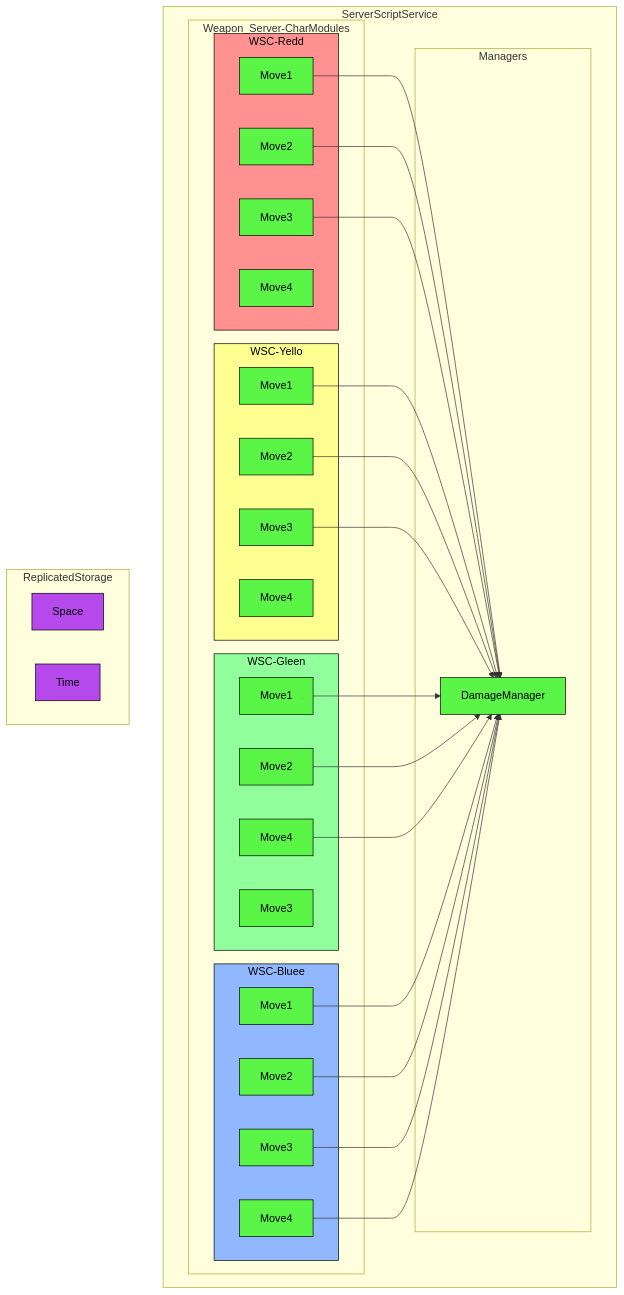
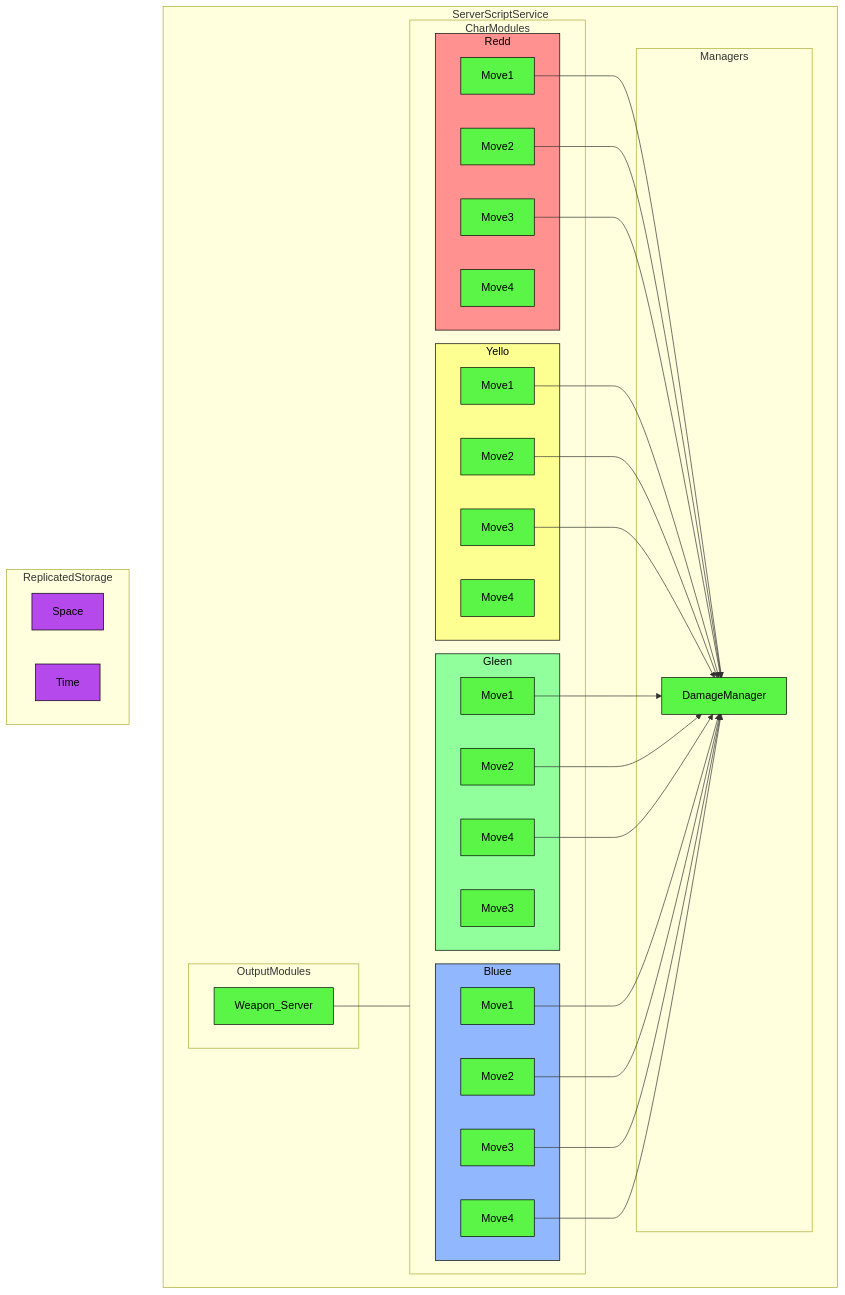
One commit to altair5607249/Crusaders-Game changed the fourth of 5 diagrams in README.md. Above: the diagram before and after it, drawn with Mermaid. The commit also changed other lines of this file, not shown here.

````diff
--- a/README.md
+++ b/README.md
@@ -202,59 +245,65 @@
 ```mermaid
 flowchart TB;
 
   classDef serverNode fill:#5bf547,stroke:#000000,color:#000000
   classDef clientNode fill:#42a1f5,stroke:#000000,color:#000000
   classDef universalNode fill:#b549eb,stroke:#000000,color:#000000
 
   classDef redNode fill:#ff9191,stroke:#000000,color:#000000
   classDef yellowNode fill:#fdff91,stroke:#000000,color:#000000
   classDef greenNode fill:#91ff9c,stroke:#000000,color:#000000
   classDef blueNode fill:#91b8ff,stroke:#000000,color:#000000
 
   subgraph ServerScriptService
     subgraph Managers
       DamageManager;
     end
 
-    subgraph Weapon_Server-CharModules
-      subgraph WSC-Redd
+    subgraph OutputModules
+      Weapon_Server;
+    end
+
+    Weapon_Server---CharModules
+
+    subgraph CharModules
+      subgraph Redd
         Q["Move1"]-->DamageManager;
         R["Move2"]-->DamageManager;
         S["Move3"]-->DamageManager;
         T["Move4"];
       end 
-      subgraph WSC-Yello
+      subgraph Yello
         U["Move1"]-->DamageManager;
         V["Move2"]-->DamageManager;
         W["Move3"]-->DamageManager;
         X["Move4"];
       end 
-      subgraph WSC-Gleen
+      subgraph Gleen
         Y["Move1"]-->DamageManager;
         Z["Move2"]-->DamageManager;
         a["Move3"];
         b["Move4"]-->DamageManager;
         end 
-      subgraph WSC-Bluee
+      subgraph Bluee
         c["Move1"]-->DamageManager;
         d["Move2"]-->DamageManager;
         e["Move3"]-->DamageManager;
         f["Move4"]-->DamageManager;
       end 
     end
   end
 
   subgraph ReplicatedStorage
     Space;
     Time;
   end
 
   class ModuleLoader,M1_Server,Bare_Server,Weapon_Server,MovementManager,DamageManager,Q,R,S,T,U,V,W,X,Y,Z,a,b,c,d,e,f,KnockbackManager,StunManager serverNode;
   class ModuleLoader2,Player-Input,M1_Client,Sol_Client,Movement,KnockbackHandler clientNode;
   class Space,Time universalNode;
 
-  class WSC-Redd redNode;
-  class WSC-Yello yellowNode;
-  class WSC-Gleen greenNode;
-  class WSC-Bluee blueNode;
+  class Redd redNode;
+  class Yello yellowNode;
+  class Gleen greenNode;
+  class Bluee blueNode;
 ```
````
